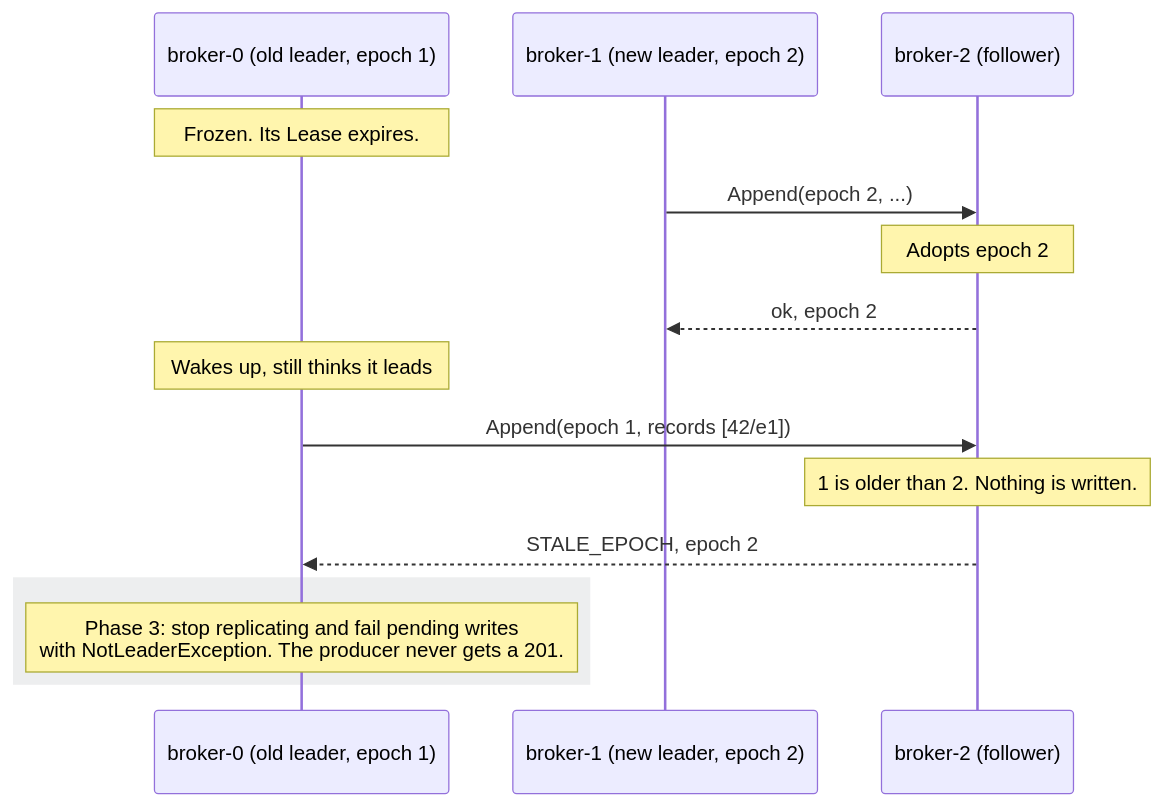
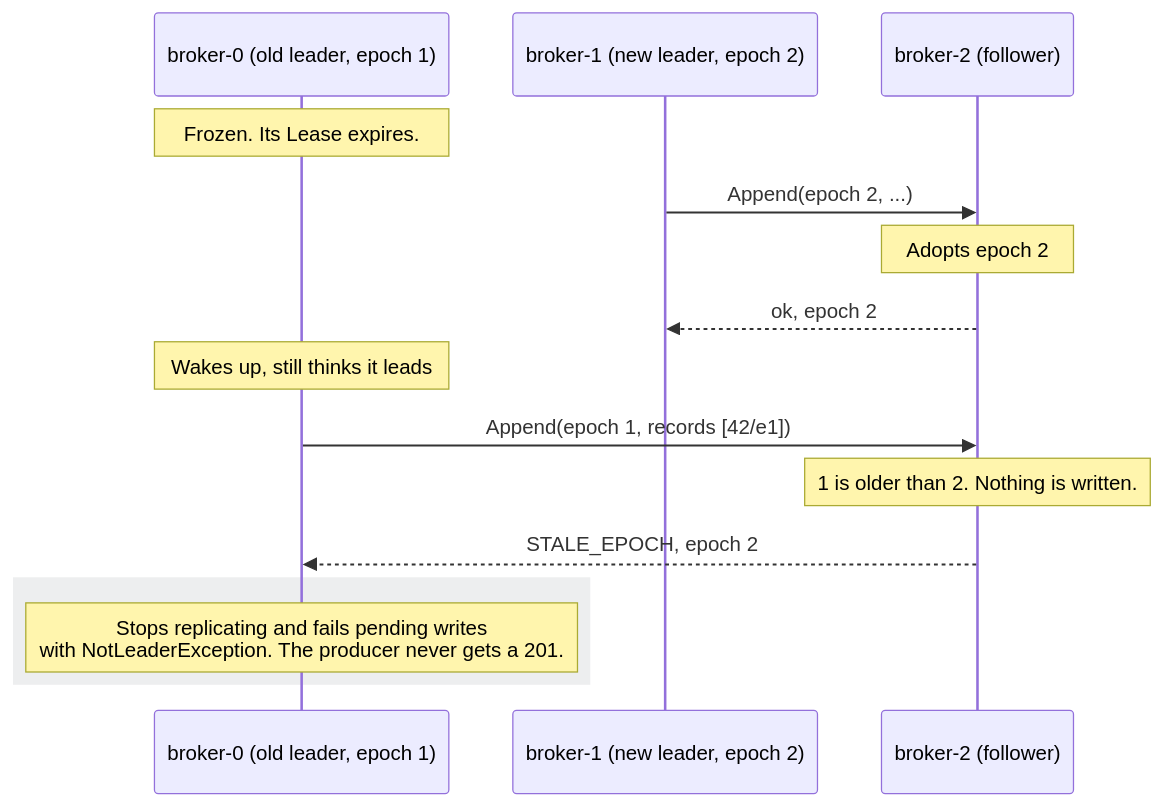
One commit to paulisuden/K0sStreams changed the seventh of 23 diagrams in docs/replication-scenarios.md. Above: the diagram before and after it, drawn with Mermaid. The commit also changed other lines of this file and 21 other files, not shown here.

````diff
--- a/docs/replication-scenarios.md
+++ b/docs/replication-scenarios.md
@@ -252,17 +249,17 @@
 ```mermaid
 sequenceDiagram
     participant B0 as broker-0 (old leader, epoch 1)
     participant B1 as broker-1 (new leader, epoch 2)
     participant B2 as broker-2 (follower)
     Note over B0: Frozen. Its Lease expires.
     B1->>B2: Append(epoch 2, ...)
     Note over B2: Adopts epoch 2
     B2-->>B1: ok, epoch 2
     Note over B0: Wakes up, still thinks it leads
     B0->>B2: Append(epoch 1, records [42/e1])
     Note over B2: 1 is older than 2. Nothing is written.
     B2-->>B0: STALE_EPOCH, epoch 2
     rect rgba(134, 142, 150, 0.15)
-    Note over B0: Phase 3: stop replicating and fail pending writes<br/>with NotLeaderException. The producer never gets a 201.
+    Note over B0: Stops replicating and fails pending writes<br/>with NotLeaderException. The producer never gets a 201.
     end
 ```
````
